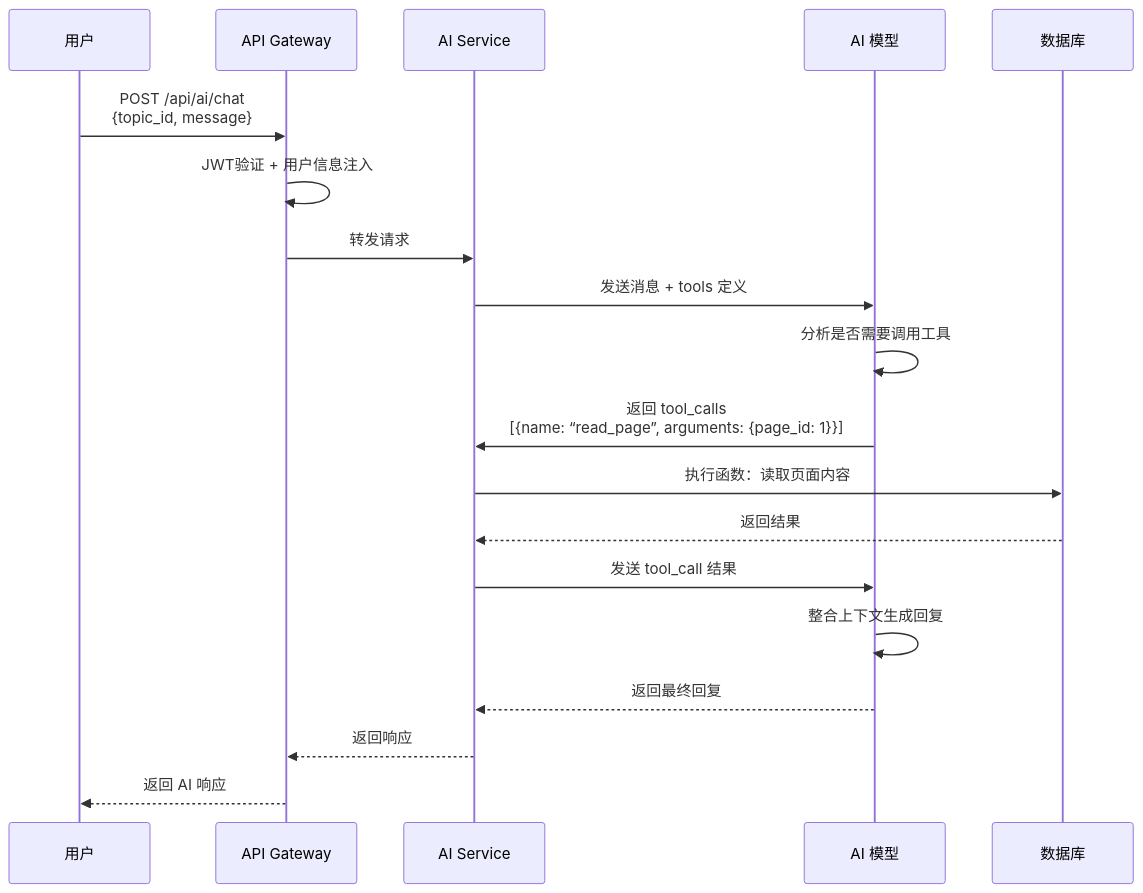
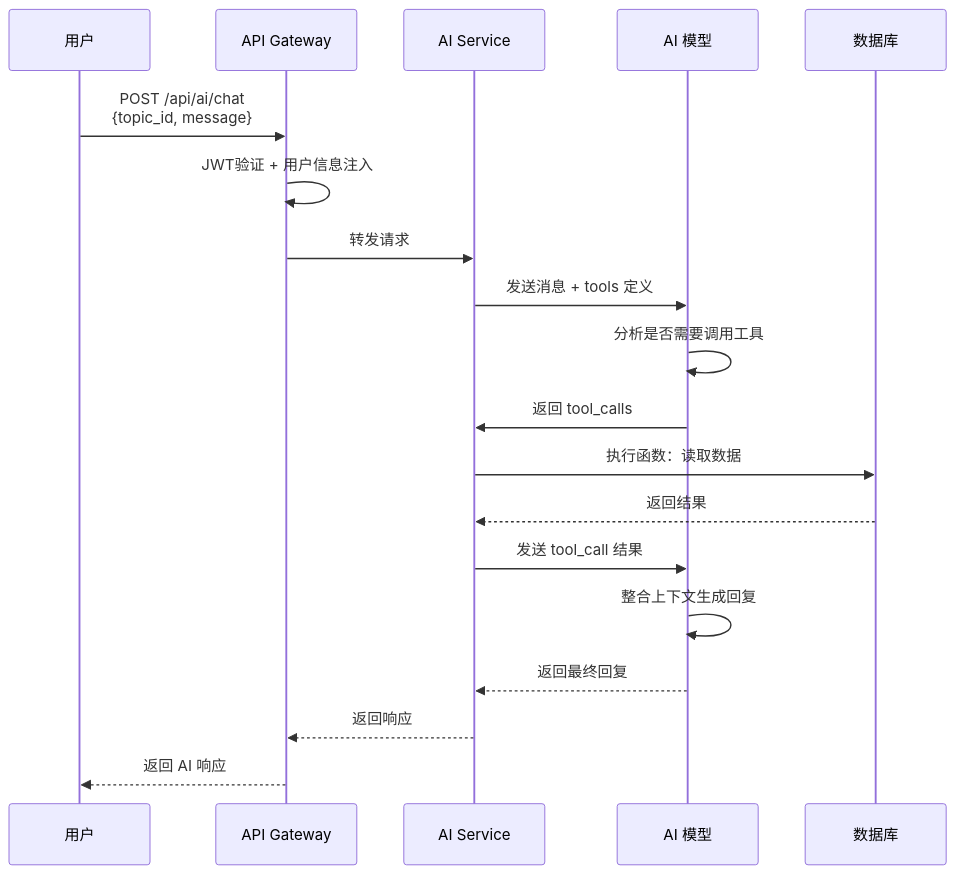
Before and after one commit to a48zhang/web-learn: the first of 2 diagrams in docs/spec/agents.md, drawn with Mermaid. The commit also changed other lines of this file and 11 other files, not shown here.

````diff
--- a/docs/spec/agents.md
+++ b/docs/spec/agents.md
@@ -295,22 +245,22 @@
 ```mermaid
 sequenceDiagram
     participant User as 用户
     participant Gateway as API Gateway
     participant AISvc as AI Service
     participant AI as AI 模型
     participant DB as 数据库
 
     User->>Gateway: POST /api/ai/chat<br/>{topic_id, message}
     Gateway->>Gateway: JWT验证 + 用户信息注入
     Gateway->>AISvc: 转发请求
     AISvc->>AI: 发送消息 + tools 定义
     AI->>AI: 分析是否需要调用工具
-    AI->>AISvc: 返回 tool_calls<br/>[{name: “read_page”, arguments: {page_id: 1}}]
-    AISvc->>DB: 执行函数：读取页面内容
+    AI->>AISvc: 返回 tool_calls
+    AISvc->>DB: 执行函数：读取数据
     DB-->>AISvc: 返回结果
     AISvc->>AI: 发送 tool_call 结果
     AI->>AI: 整合上下文生成回复
     AI-->>AISvc: 返回最终回复
     AISvc-->>Gateway: 返回响应
     Gateway-->>User: 返回 AI 响应
 ```
````
